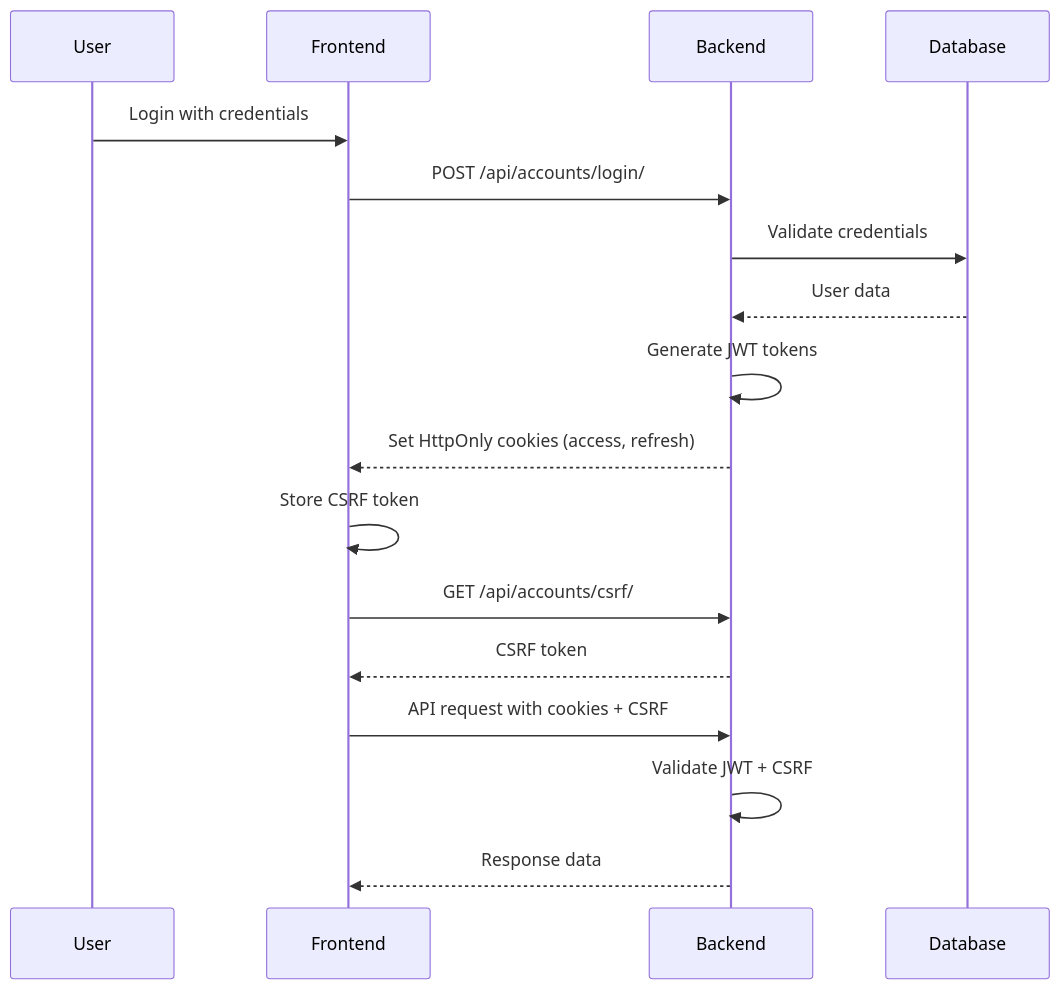
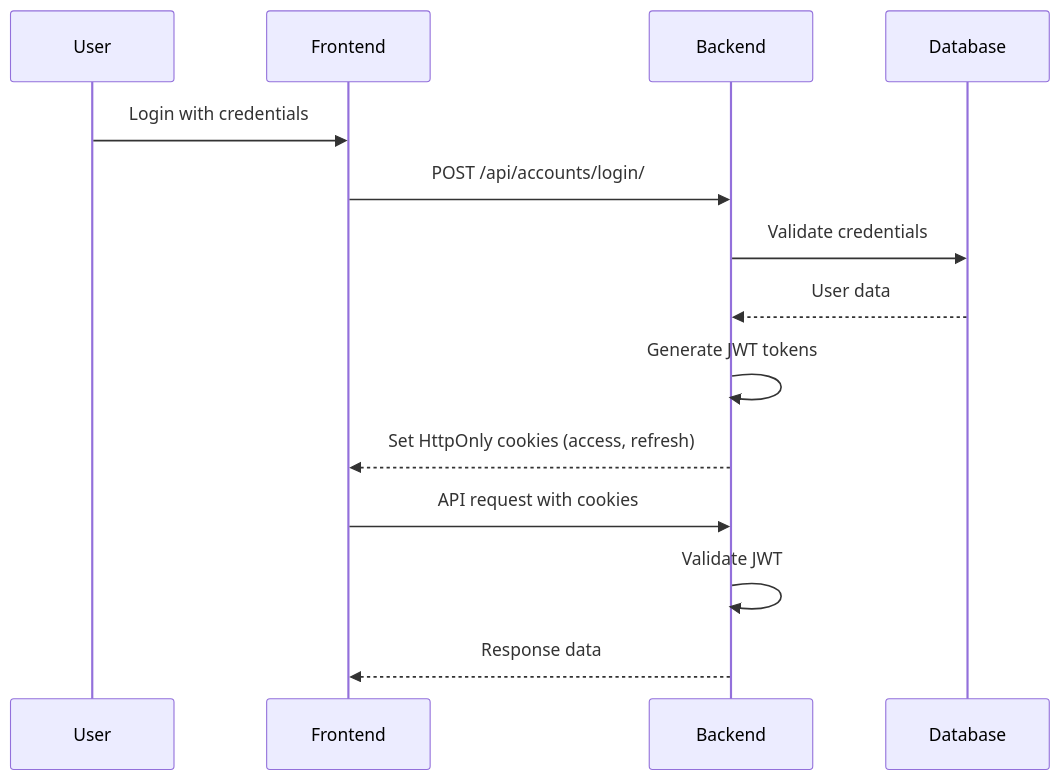
One commit to Mox1toGH/KJHG-ii changed the second of 4 diagrams in README.md. Above: the diagram before and after it, drawn with Mermaid. The commit also changed other lines of this file and 19 other files, not shown here.

````diff
--- a/README.md
+++ b/README.md
@@ -719,20 +715,17 @@
 ```mermaid
 sequenceDiagram
     participant User
     participant Frontend
     participant Backend
     participant Database
 
     User->>Frontend: Login with credentials
     Frontend->>Backend: POST /api/accounts/login/
     Backend->>Database: Validate credentials
     Database-->>Backend: User data
     Backend->>Backend: Generate JWT tokens
     Backend-->>Frontend: Set HttpOnly cookies (access, refresh)
-    Frontend->>Frontend: Store CSRF token
-    Frontend->>Backend: GET /api/accounts/csrf/
-    Backend-->>Frontend: CSRF token
-    Frontend->>Backend: API request with cookies + CSRF
-    Backend->>Backend: Validate JWT + CSRF
+    Frontend->>Backend: API request with cookies
+    Backend->>Backend: Validate JWT
     Backend-->>Frontend: Response data
 ```
````
